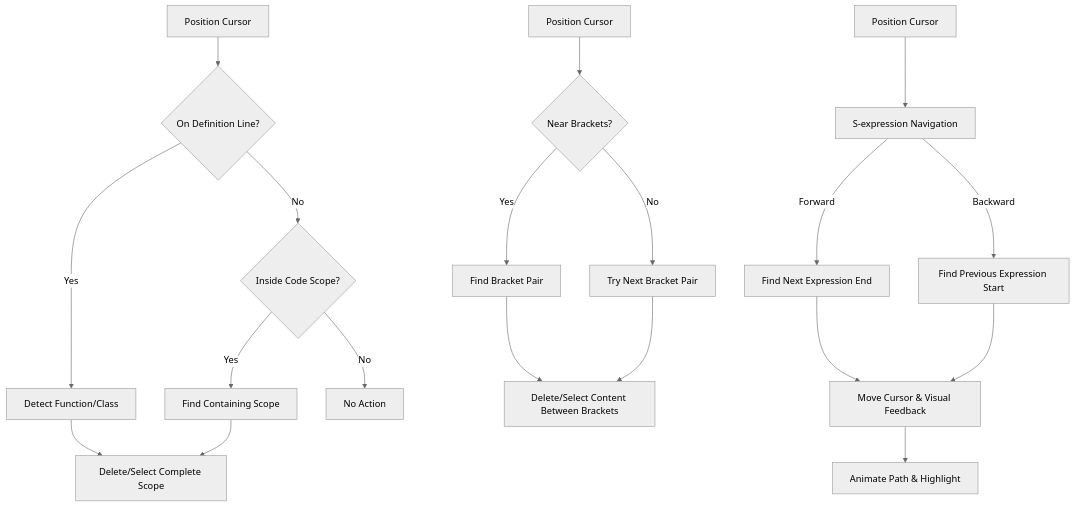
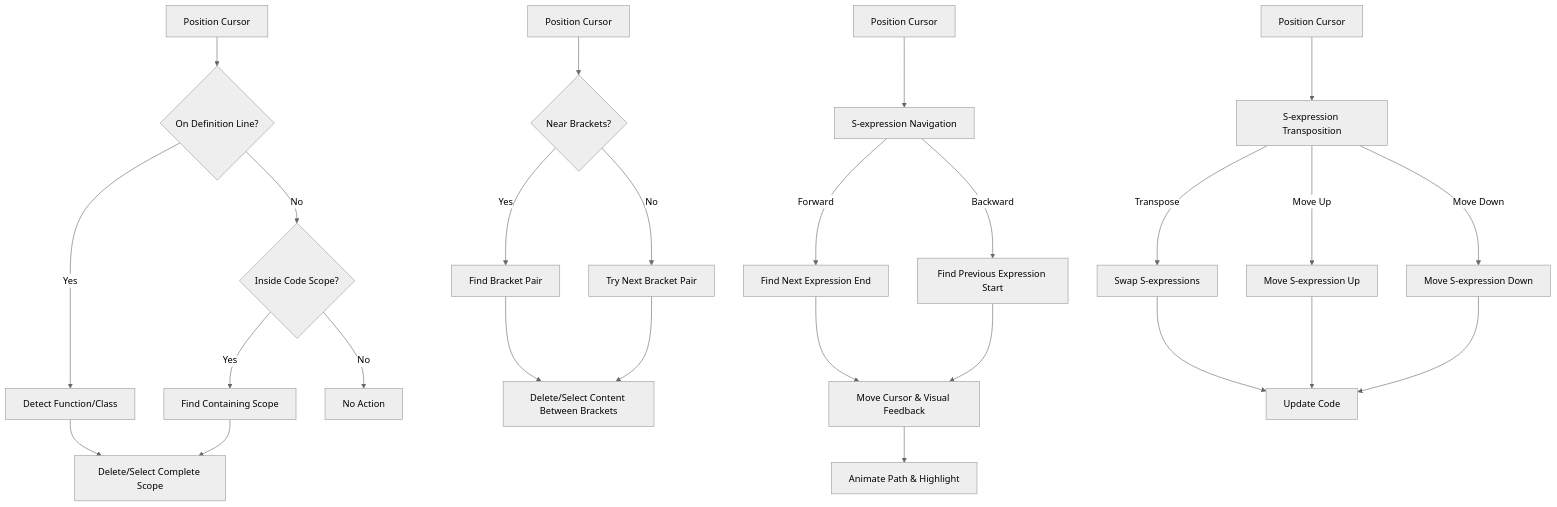
The diagram in README.md (zenzjtech/vscode-utilities), drawn with Mermaid (neutral theme) before and after one commit. The commit also changed other lines of this file and 4 other files, not shown here.

Commit message:
feat(sexp): add S-expression transposition commands

````diff
--- a/README.md
+++ b/README.md
@@ -86,23 +94,31 @@
 ```mermaid
 flowchart TD
     A[Position Cursor] --> B{On Definition Line?}
     B -->|Yes| C[Detect Function/Class]
     B -->|No| D{Inside Code Scope?}
     D -->|Yes| E[Find Containing Scope]
     D -->|No| F[No Action]
     C --> G[Delete/Select Complete Scope]
     E --> G
     
     H[Position Cursor] --> I{Near Brackets?}
     I -->|Yes| J[Find Bracket Pair]
     I -->|No| K[Try Next Bracket Pair]
     J --> L[Delete/Select Content Between Brackets]
     K --> L
 
     M[Position Cursor] --> N[S-expression Navigation]
     N -->|Forward| O[Find Next Expression End]
     N -->|Backward| P[Find Previous Expression Start]
     O --> Q[Move Cursor & Visual Feedback]
     P --> Q
     Q --> R[Animate Path & Highlight]
+
+    S[Position Cursor] --> T[S-expression Transposition]
+    T -->|Transpose| U[Swap S-expressions]
+    T -->|Move Up| V[Move S-expression Up]
+    T -->|Move Down| W[Move S-expression Down]
+    U --> X[Update Code]
+    V --> X
+    W --> X
 ```
````
